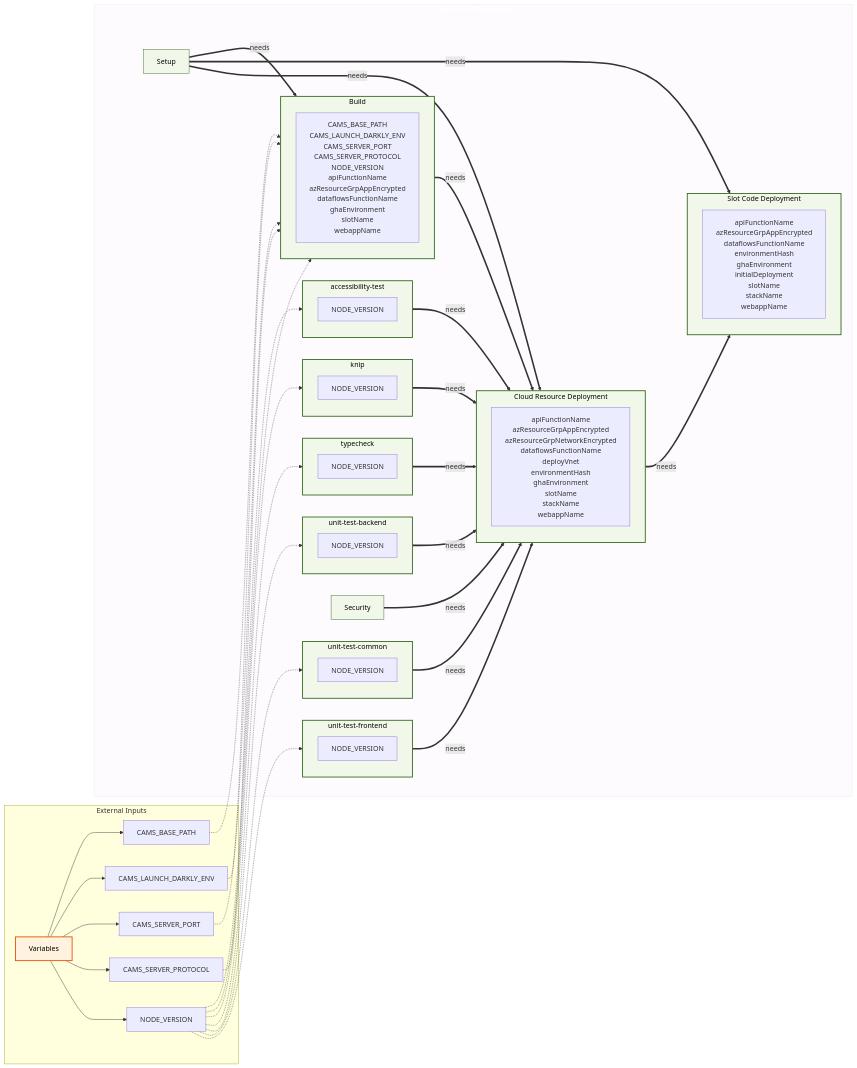
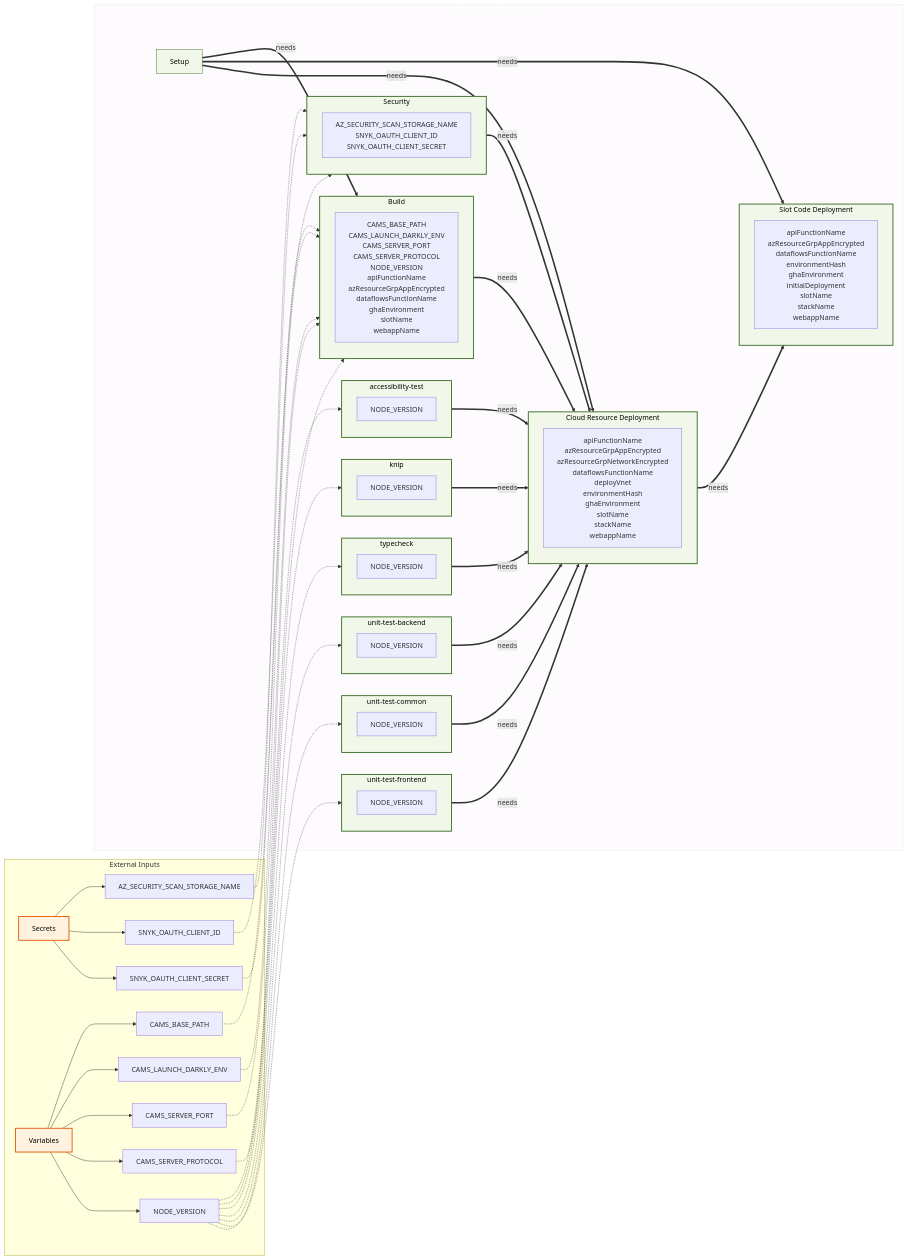
One commit to US-Trustee-Program/Bankruptcy-Oversight-Support-Systems changed the eighth of 24 diagrams in docs/operations/workflow-diagram.md. Above: the diagram before and after it, drawn with Mermaid. The commit also changed other lines of this file and 3 other files, not shown here.

First line of the commit message:
Harden sub-security-scan.yml to use least privilege

````diff
--- a/docs/operations/workflow-diagram.md
+++ b/docs/operations/workflow-diagram.md
@@ -314,6 +314,10 @@
 ```mermaid
 flowchart LR
     subgraph "External Inputs"
+        Secrets["Secrets"]
+        Secrets_AZ_SECURITY_SCAN_STORAGE_NAME["AZ_SECURITY_SCAN_STORAGE_NAME"]
+        Secrets_SNYK_OAUTH_CLIENT_ID["SNYK_OAUTH_CLIENT_ID"]
+        Secrets_SNYK_OAUTH_CLIENT_SECRET["SNYK_OAUTH_CLIENT_SECRET"]
         Variables["Variables"]
         Variables_CAMS_BASE_PATH["CAMS_BASE_PATH"]
         Variables_CAMS_LAUNCH_DARKLY_ENV["CAMS_LAUNCH_DARKLY_ENV"]
@@ -342,7 +346,9 @@
         subgraph typecheck_subgraph["typecheck"]
             typecheck_vars["NODE_VERSION"]
         end
-        security_scan["Security"]
+        subgraph security_scan_subgraph["Security"]
+            security_scan_vars["AZ_SECURITY_SCAN_STORAGE_NAME<br/>SNYK_OAUTH_CLIENT_ID<br/>SNYK_OAUTH_CLIENT_SECRET"]
+        end
         subgraph build_subgraph["Build"]
             build_vars["CAMS_BASE_PATH<br/>CAMS_LAUNCH_DARKLY_ENV<br/>CAMS_SERVER_PORT<br/>CAMS_SERVER_PROTOCOL<br/>NODE_VERSION<br/>apiFunctionName<br/>azResourceGrpAppEncrypted<br/>dataflowsFunctionName<br/>ghaEnvironment<br/>slotName<br/>webappName"]
         end
@@ -354,11 +360,17 @@
         end
     end
 
+        Secrets --> Secrets_AZ_SECURITY_SCAN_STORAGE_NAME
+        Secrets --> Secrets_SNYK_OAUTH_CLIENT_ID
+        Secrets --> Secrets_SNYK_OAUTH_CLIENT_SECRET
         Variables --> Variables_CAMS_BASE_PATH
         Variables --> Variables_CAMS_LAUNCH_DARKLY_ENV
         Variables --> Variables_CAMS_SERVER_PORT
         Variables --> Variables_CAMS_SERVER_PROTOCOL
         Variables --> Variables_NODE_VERSION
+    Secrets_AZ_SECURITY_SCAN_STORAGE_NAME -.-> security_scan_subgraph
+    Secrets_SNYK_OAUTH_CLIENT_ID -.-> security_scan_subgraph
+    Secrets_SNYK_OAUTH_CLIENT_SECRET -.-> security_scan_subgraph
     Variables_CAMS_BASE_PATH -.-> build_subgraph
     Variables_CAMS_LAUNCH_DARKLY_ENV -.-> build_subgraph
     Variables_CAMS_SERVER_PORT -.-> build_subgraph
@@ -374,7 +386,7 @@
     build_subgraph ==>|"needs"| deploy_subgraph
     deploy_subgraph ==>|"needs"| deploy_code_slot_subgraph
     knip_subgraph ==>|"needs"| deploy_subgraph
-    security_scan ==>|"needs"| deploy_subgraph
+    security_scan_subgraph ==>|"needs"| deploy_subgraph
     setup ==>|"needs"| build_subgraph
     setup ==>|"needs"| deploy_code_slot_subgraph
     setup ==>|"needs"| deploy_subgraph
@@ -388,13 +400,14 @@
     classDef mainWorkflow fill:#f3e5f5,fill-opacity:0.15,stroke:#f3e5f5,stroke-width:1px,color:#ffffff
     classDef jobSubgraph fill:#f1f8e9,stroke:#33691e,stroke-width:2px,color:#000000
     class continuous_deployment_workflow mainWorkflow
+    class Secrets external
     class Variables external
     class accessibility_test_subgraph jobSubgraph
     class build_subgraph jobSubgraph
     class deploy_subgraph jobSubgraph
     class deploy_code_slot_subgraph jobSubgraph
     class knip_subgraph jobSubgraph
-    class security_scan job
+    class security_scan_subgraph jobSubgraph
     class setup job
     class typecheck_subgraph jobSubgraph
     class unit_test_backend_subgraph jobSubgraph
````
